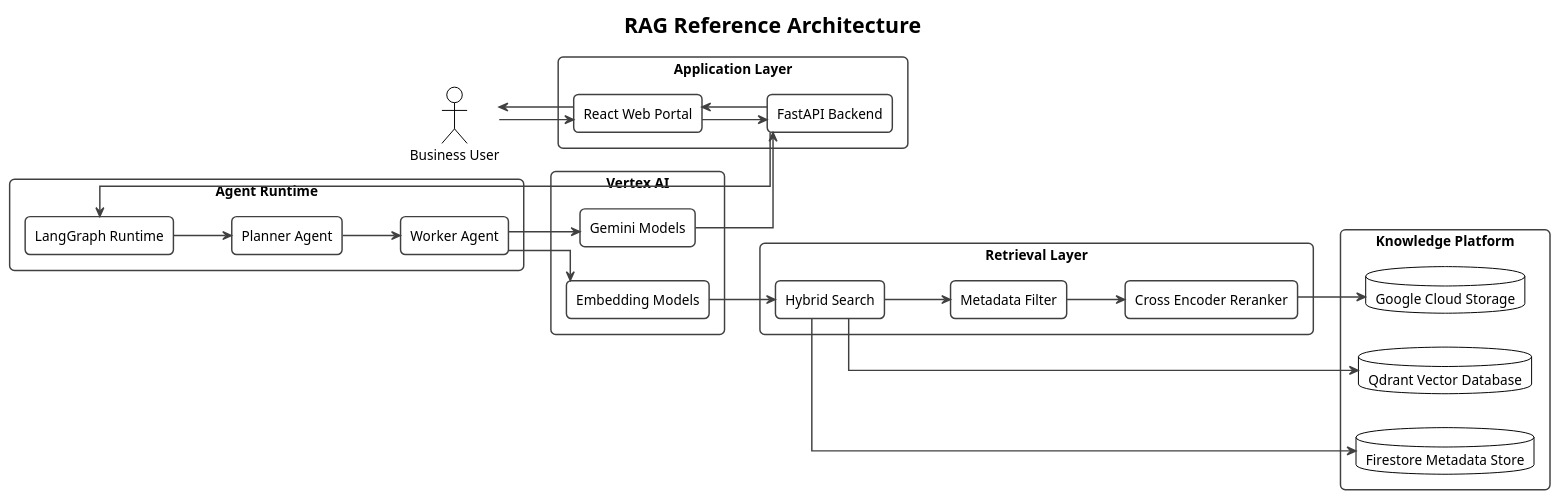
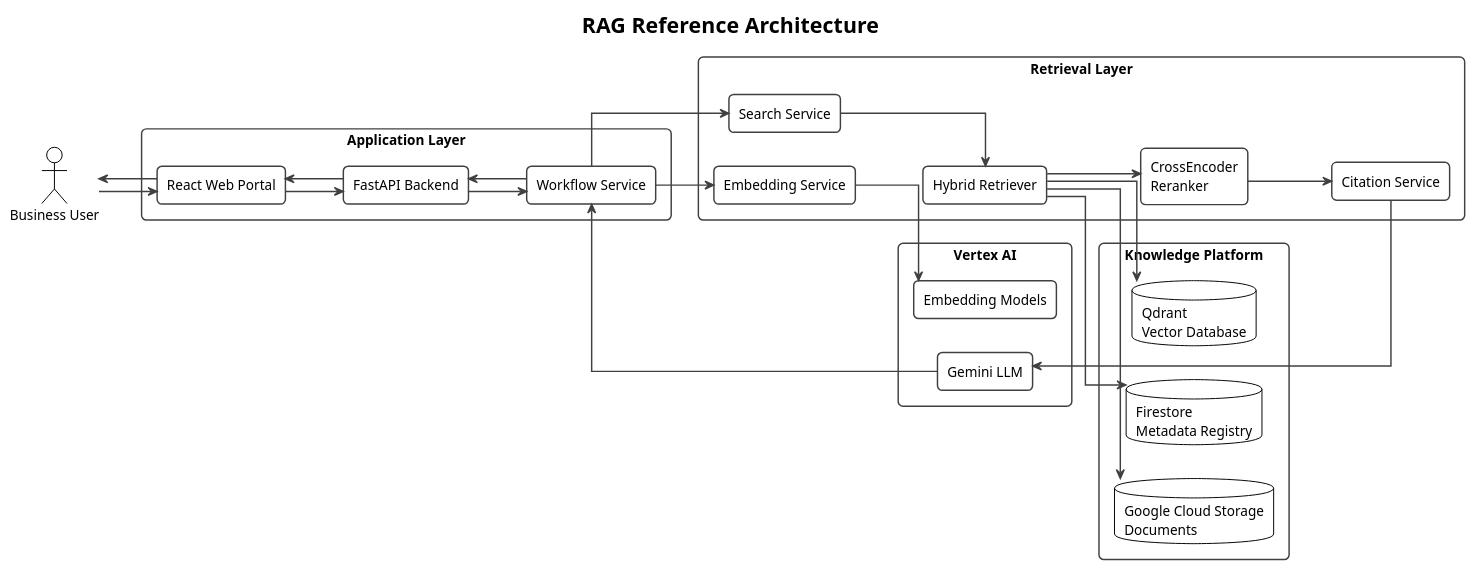
One commit to pjagdaley/enterprise-ai-orchestration-platform changed the diagram in docs/diagrams/ai/01-rag-reference-architecture.puml. Above: the diagram before and after it, drawn with PlantUML. The commit also changed 209 other files, not shown here.

Commit message:
Version-1 Architecture

```diff
--- a/docs/diagrams/ai/01-rag-reference-architecture.puml
+++ b/docs/diagrams/ai/01-rag-reference-architecture.puml
@@ -1,108 +1,135 @@
 @startuml
+
+'==============================================================================
+' Enterprise AI Orchestration Platform
+' RAG Reference Architecture
+'==============================================================================
+
+!theme plain
 
 title Enterprise AI Orchestration Platform
 title RAG Reference Architecture
-
-!theme plain
 
 left to right direction
 
 skinparam backgroundColor white
 skinparam shadowing false
 skinparam linetype ortho
 skinparam packageStyle rectangle
 
 skinparam defaultFontName Segoe UI
 skinparam defaultFontSize 14
 
 skinparam RectangleBorderColor #404040
 skinparam RectangleBorderThickness 1.5
 skinparam RectangleRoundCorner 10
 
 skinparam PackageBorderColor #404040
 skinparam PackageBorderThickness 2
 
 skinparam ArrowThickness 1.5
 skinparam ArrowColor #404040
 
+'==============================================================================
+' USER
+'==============================================================================
+
 actor "Business User" as User
+
+'==============================================================================
+' APPLICATION
+'==============================================================================
 
 package "Application Layer" {
 
 rectangle "React Web Portal" as React
 
 rectangle "FastAPI Backend" as API
 
-}
-
-package "Agent Runtime" {
-
-rectangle "LangGraph Runtime" as LangGraph
-
-rectangle "Planner Agent" as Planner
-
-rectangle "Worker Agent" as Worker
+rectangle "Workflow Service" as Workflow
 
 }
 
+'==============================================================================
+' RETRIEVAL LAYER
+'==============================================================================
+
 package "Retrieval Layer" {
 
-rectangle "Hybrid Search" as HybridSearch
+rectangle "Embedding Service" as Embedding
 
-rectangle "Metadata Filter" as MetadataFilter
+rectangle "Search Service" as Search
 
-rectangle "Cross Encoder Reranker" as Reranker
+rectangle "Hybrid Retriever" as Hybrid
+
+rectangle "CrossEncoder\nReranker" as Reranker
+
+rectangle "Citation Service" as Citation
 
 }
 
+'==============================================================================
+' KNOWLEDGE PLATFORM
+'==============================================================================
+
 package "Knowledge Platform" {
 
-database "Qdrant Vector Database" as Qdrant
+database "Qdrant\nVector Database" as Qdrant
 
-database "Firestore Metadata Store" as Firestore
+database "Firestore\nMetadata Registry" as Firestore
 
-database "Google Cloud Storage" as GCS
+database "Google Cloud Storage\nDocuments" as GCS
 
 }
+
+'==============================================================================
+' VERTEX AI
+'==============================================================================
 
 package "Vertex AI" {
 
 rectangle "Embedding Models" as Embeddings
 
-rectangle "Gemini Models" as Gemini
+rectangle "Gemini LLM" as Gemini
 
 }
+
+'==============================================================================
+' REQUEST FLOW
+'==============================================================================
 
 User --> React
 
 React --> API
 
-API --> LangGraph
+API --> Workflow
 
-LangGraph --> Planner
+Workflow --> Embedding
 
-Planner --> Worker
+Embedding --> Embeddings
 
-Worker --> Embeddings
+Workflow --> Search
 
-Embeddings --> HybridSearch
+Search --> Hybrid
 
-HybridSearch --> Qdrant
+Hybrid --> Qdrant
 
-HybridSearch --> Firestore
+Hybrid --> Firestore
 
-HybridSearch --> MetadataFilter
+Hybrid --> GCS
 
-MetadataFilter --> Reranker
+Hybrid --> Reranker
 
-Reranker --> GCS
+Reranker --> Citation
 
-Worker --> Gemini
+Citation --> Gemini
 
-Gemini --> API
+Gemini --> Workflow
+
+Workflow --> API
 
 API --> React
 
 React --> User
 
 @enduml
```
